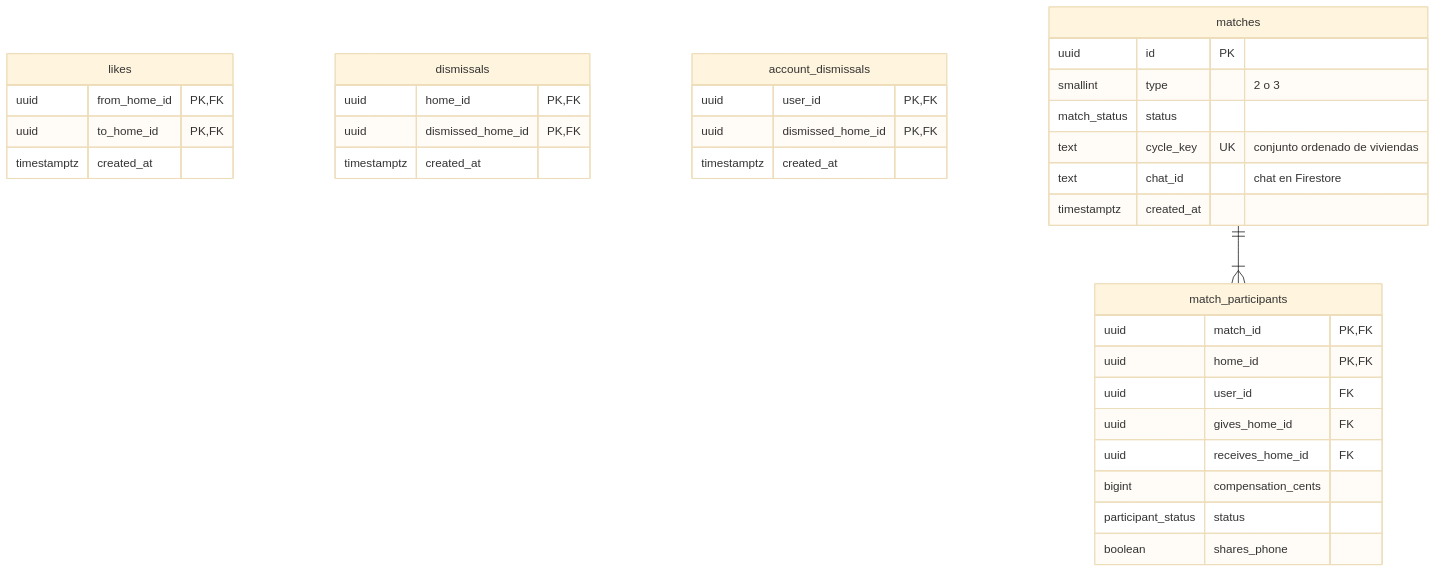
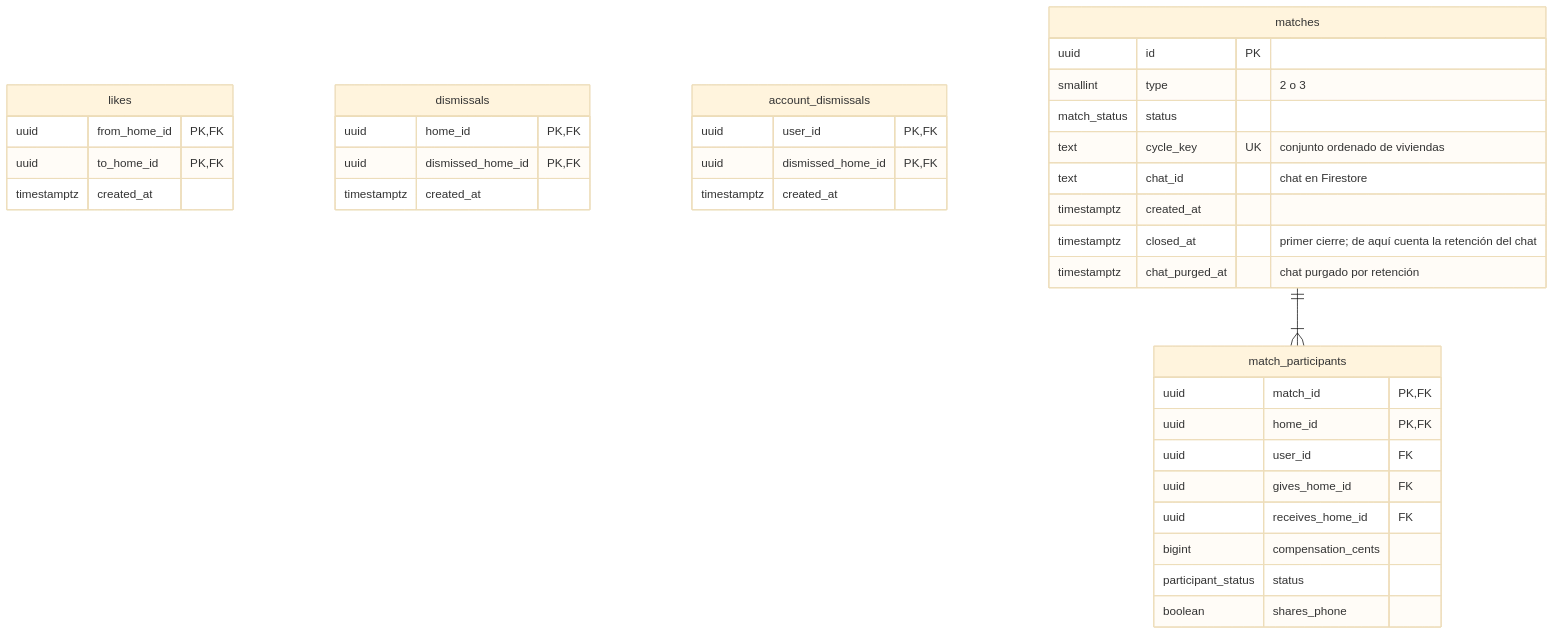
One commit to lcasadov/ChangeHouse changed the third of 4 diagrams in docs/datamodel.md. Above: the diagram before and after it, drawn with Mermaid (base theme). The commit also changed other lines of this file and 99 other files, not shown here.

````diff
--- a/docs/datamodel.md
+++ b/docs/datamodel.md
@@ -128,37 +128,39 @@
 ```mermaid
 erDiagram
     likes {
         uuid from_home_id PK,FK
         uuid to_home_id PK,FK
         timestamptz created_at
     }
     dismissals {
         uuid home_id PK,FK
         uuid dismissed_home_id PK,FK
         timestamptz created_at
     }
     account_dismissals {
         uuid user_id PK,FK
         uuid dismissed_home_id PK,FK
         timestamptz created_at
     }
     matches {
         uuid id PK
         smallint type "2 o 3"
         match_status status
         text cycle_key UK "conjunto ordenado de viviendas"
         text chat_id "chat en Firestore"
         timestamptz created_at
+        timestamptz closed_at "primer cierre; de aquí cuenta la retención del chat"
+        timestamptz chat_purged_at "chat purgado por retención"
     }
     match_participants {
         uuid match_id PK,FK
         uuid home_id PK,FK
         uuid user_id FK
         uuid gives_home_id FK
         uuid receives_home_id FK
         bigint compensation_cents
         participant_status status
         boolean shares_phone
     }
     matches ||--|{ match_participants : ""
 ```
````
